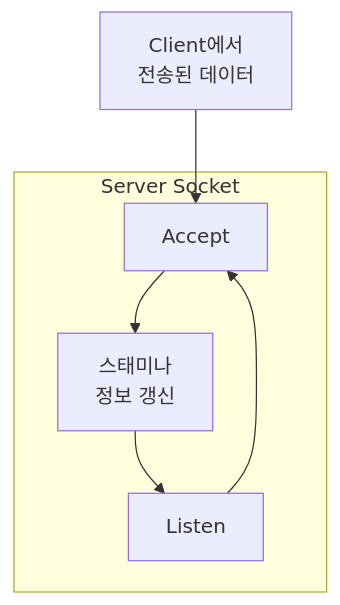
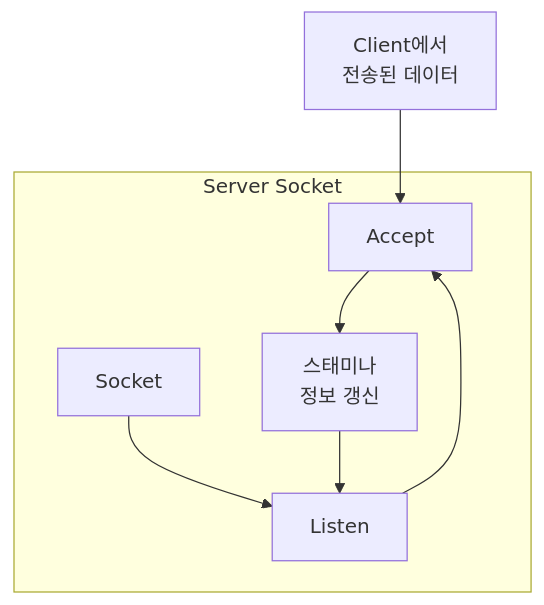
The third of 3 diagrams in README.md (201710808/Game-Stamina-Alarm), drawn with Mermaid before and after one commit.

````diff
--- a/README.md
+++ b/README.md
@@ -55,10 +55,11 @@
 ```mermaid
 graph TB;
     data[Client에서\n전송된 데이터]-->Accept;
     subgraph Server Socket;
+    Socket-->Listen;
     Listen-->Accept;
     Accept-->stamina_sync[스태미나\n정보 갱신];
     stamina_sync-->Listen;
     end;
     
 ```
````
